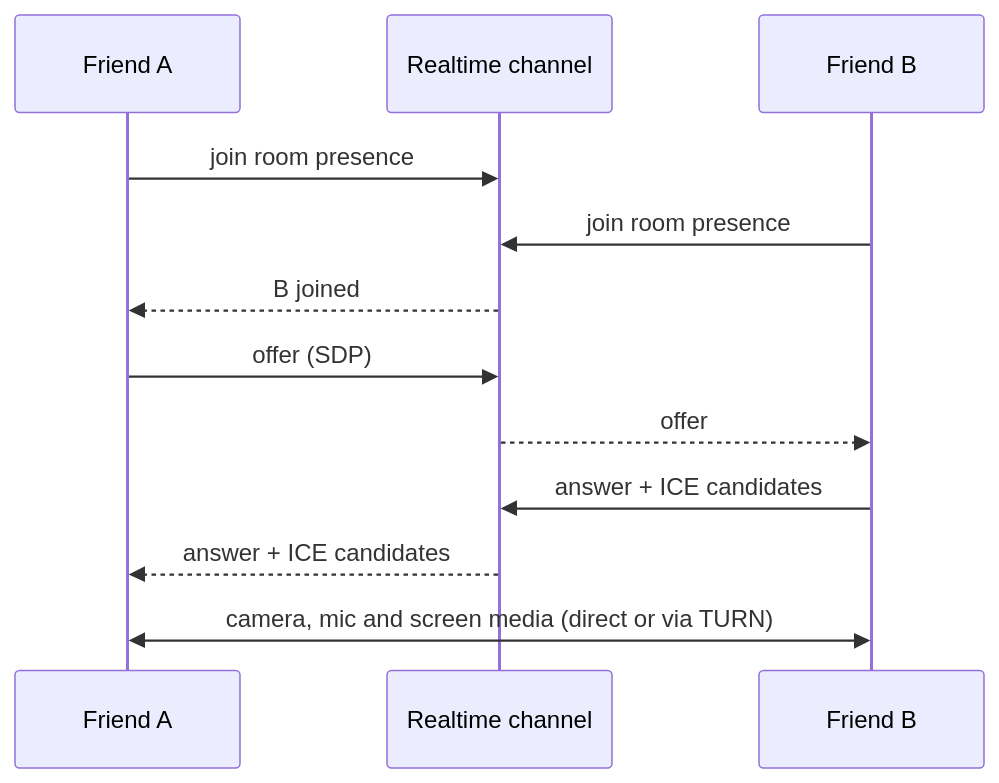
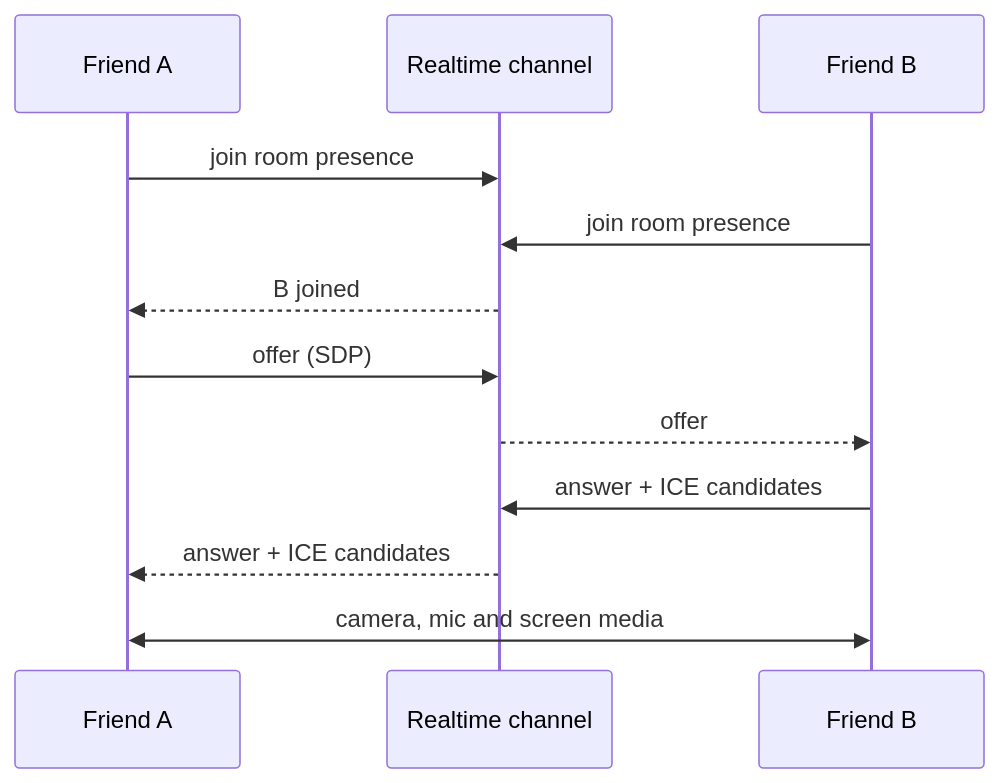
The second of 5 diagrams in README.md (sagebuilds/onsemble), drawn with Mermaid before and after one commit. The commit also changed other lines of this file and 1 other file, not shown here.

````diff
--- a/README.md
+++ b/README.md
@@ -110,14 +108,14 @@
 ```mermaid
 sequenceDiagram
     participant A as Friend A
     participant RT as Realtime channel
     participant B as Friend B
     A->>RT: join room presence
     B->>RT: join room presence
     RT-->>A: B joined
     A->>RT: offer (SDP)
     RT-->>B: offer
     B->>RT: answer + ICE candidates
     RT-->>A: answer + ICE candidates
-    A<<->>B: camera, mic and screen media (direct or via TURN)
+    A<<->>B: camera, mic and screen media
 ```
````
